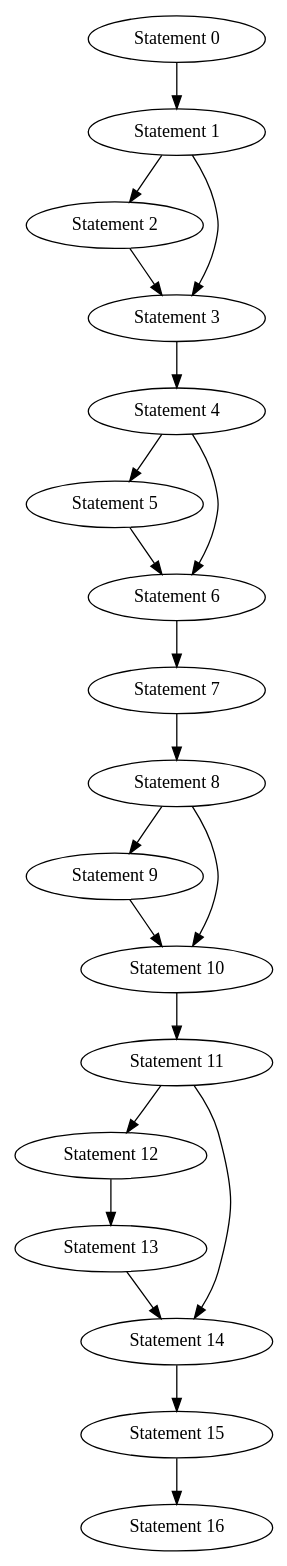
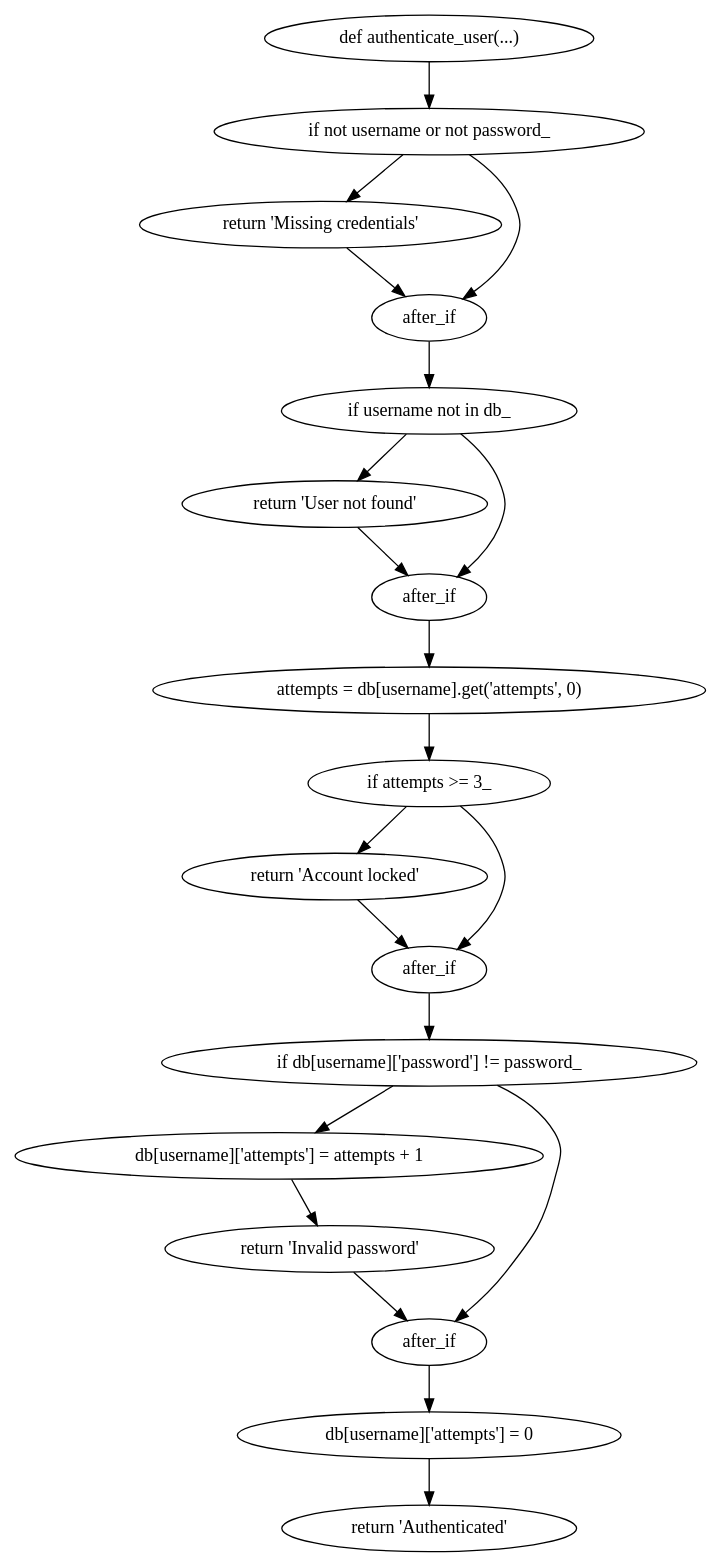
One commit to SkorpikFeed/white-box-testing-lab changed the diagram in cfg.dot. Above: the diagram before and after it, drawn with Graphviz. The commit also changed 3 other files, not shown here.

```diff
--- a/cfg.dot
+++ b/cfg.dot
@@ -1,39 +1,39 @@
 strict digraph {
-n0 [label="Statement 0"];
-n1 [label="Statement 1"];
-n2 [label="Statement 2"];
-n3 [label="Statement 3"];
-n4 [label="Statement 4"];
-n5 [label="Statement 5"];
-n6 [label="Statement 6"];
-n7 [label="Statement 7"];
-n8 [label="Statement 8"];
-n9 [label="Statement 9"];
-n10 [label="Statement 10"];
-n11 [label="Statement 11"];
-n12 [label="Statement 12"];
-n13 [label="Statement 13"];
-n14 [label="Statement 14"];
-n15 [label="Statement 15"];
-n16 [label="Statement 16"];
+n0 [label="def authenticate_user(...)"];
+n1 [label="if not username or not password_"];
+n2 [label="return 'Missing credentials'"];
+n3 [label="after_if"];
+n4 [label="if username not in db_"];
+n5 [label="return 'User not found'"];
+n6 [label="after_if"];
+n7 [label="attempts = db[username].get('attempts', 0)"];
+n8 [label="if attempts >= 3_"];
+n9 [label="return 'Account locked'"];
+n10 [label="after_if"];
+n11 [label="if db[username]['password'] != password_"];
+n12 [label="db[username]['attempts'] = attempts + 1"];
+n13 [label="return 'Invalid password'"];
+n14 [label="after_if"];
+n15 [label="db[username]['attempts'] = 0"];
+n16 [label="return 'Authenticated'"];
 n0 -> n1;
 n1 -> n2;
 n1 -> n3;
 n2 -> n3;
 n3 -> n4;
 n4 -> n5;
 n4 -> n6;
 n5 -> n6;
 n6 -> n7;
 n7 -> n8;
 n8 -> n9;
 n8 -> n10;
 n9 -> n10;
 n10 -> n11;
 n11 -> n12;
 n11 -> n14;
 n12 -> n13;
 n13 -> n14;
 n14 -> n15;
 n15 -> n16;
 }
```
